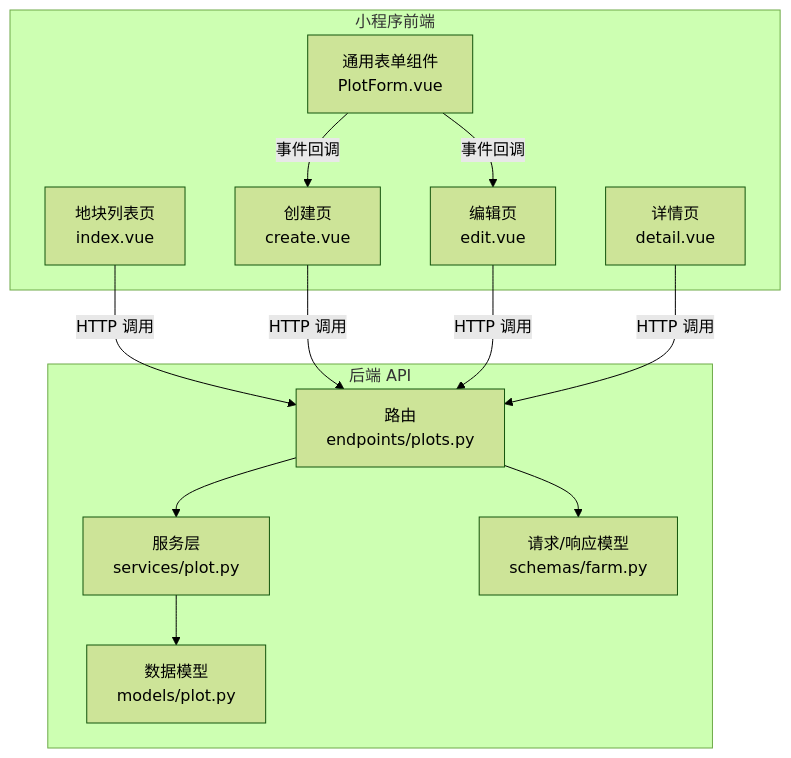
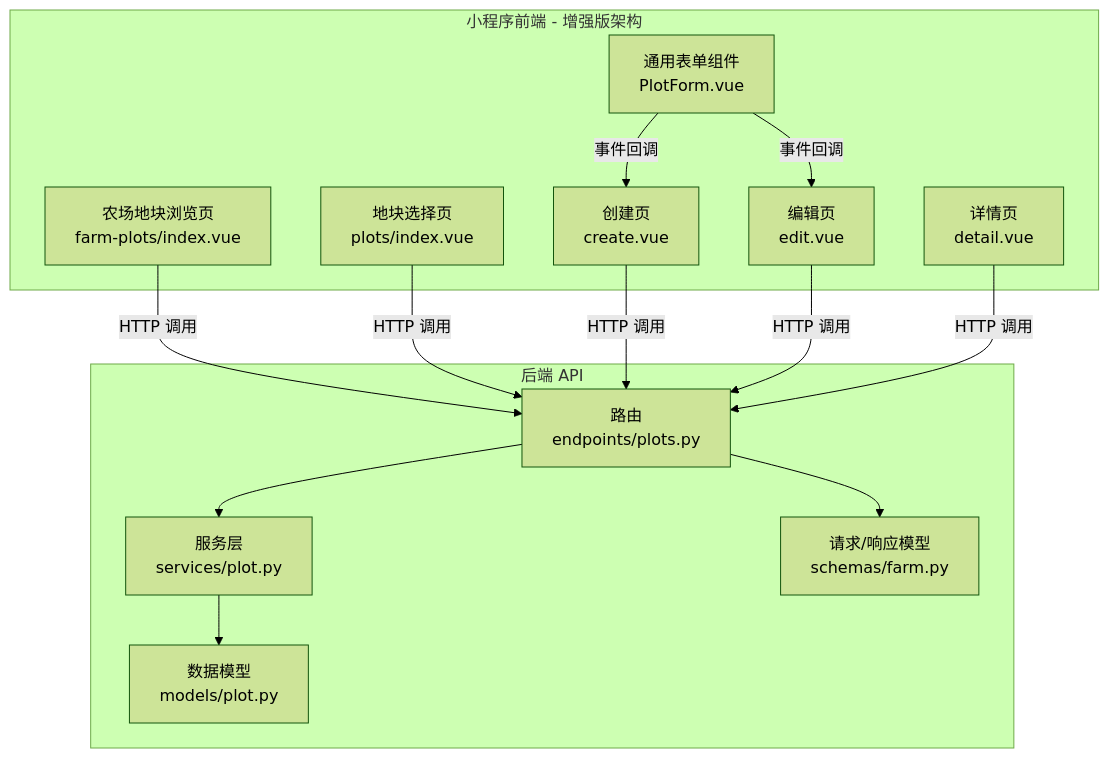
Before and after one commit to wungjyan/pocket-farm: the first of 10 diagrams in .qoder/repowiki/zh/content/前端应用/地块管理模块.md, drawn with Mermaid (forest theme). The commit also changed other lines of this file and 198 other files, not shown here.

````diff
--- a/.qoder/repowiki/zh/content/前端应用/地块管理模块.md
+++ b/.qoder/repowiki/zh/content/前端应用/地块管理模块.md
@@ -44,25 +69,27 @@
 ```mermaid
 graph TB
-subgraph "小程序前端"
-PList["地块列表页<br/>index.vue"]
+subgraph "小程序前端 - 增强版架构"
+FPList["农场地块浏览页<br/>farm-plots/index.vue"]
+PSel["地块选择页<br/>plots/index.vue"]
 PCreate["创建页<br/>create.vue"]
 PEdit["编辑页<br/>edit.vue"]
 PDetail["详情页<br/>detail.vue"]
 PForm["通用表单组件<br/>PlotForm.vue"]
 end
 subgraph "后端 API"
 EP["路由<br/>endpoints/plots.py"]
 SV["服务层<br/>services/plot.py"]
 MD["数据模型<br/>models/plot.py"]
 SC["请求/响应模型<br/>schemas/farm.py"]
 end
-PList --> |"HTTP 调用"| EP
+FPList --> |"HTTP 调用"| EP
+PSel --> |"HTTP 调用"| EP
 PCreate --> |"HTTP 调用"| EP
 PEdit --> |"HTTP 调用"| EP
 PDetail --> |"HTTP 调用"| EP
 PForm --> |"事件回调"| PCreate
 PForm --> |"事件回调"| PEdit
 EP --> SV
 SV --> MD
 EP --> SC
 ```
````
